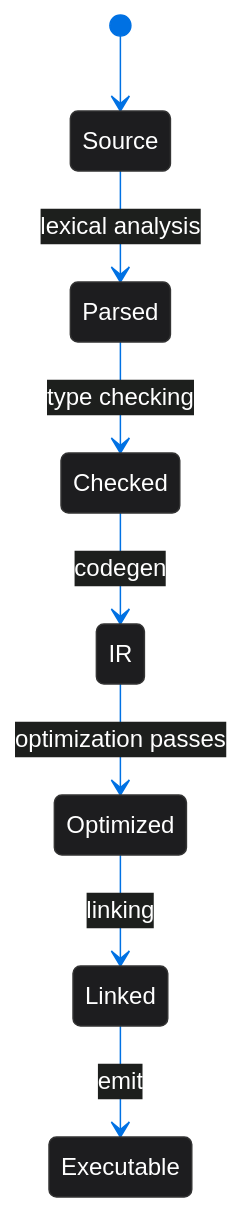
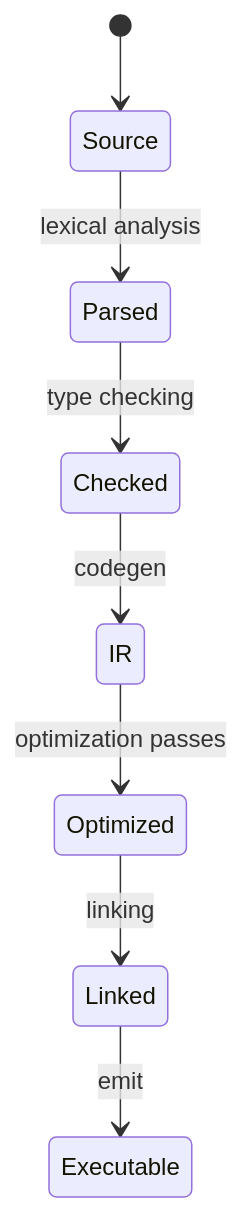
The third of 3 diagrams in wiki-content/Kasteran.md (kleinnner/Anticloud), drawn with Mermaid before and after one commit. The commit also changed other lines of this file and 23 other files, not shown here.

Commit message:
fix(wiki): strip Mermaid init directives, use compat syntax for GH Wiki renderer

````diff
--- a/wiki-content/Kasteran.md
+++ b/wiki-content/Kasteran.md
@@ -58,11 +56,10 @@
 ```mermaid
-%%{init: { 'theme': 'base', 'themeVariables': { 'primaryColor': '#1d1d1f', 'primaryTextColor': '#fff', 'primaryBorderColor': '#333', 'lineColor': '#0071e3', 'tertiaryColor': '#f5f5f7' } }}%%
-stateDiagram-v2
+stateDiagram
     [*] --> Source
     Source --> Parsed: lexical analysis
     Parsed --> Checked: type checking
     Checked --> IR: codegen
     IR --> Optimized: optimization passes
     Optimized --> Linked: linking
     Linked --> Executable: emit
 ```
````
